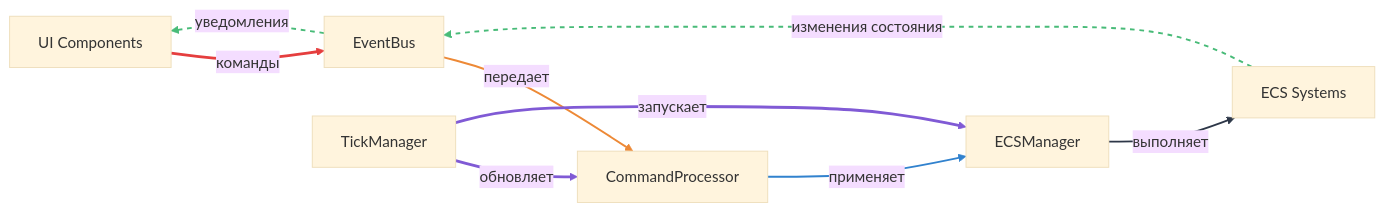
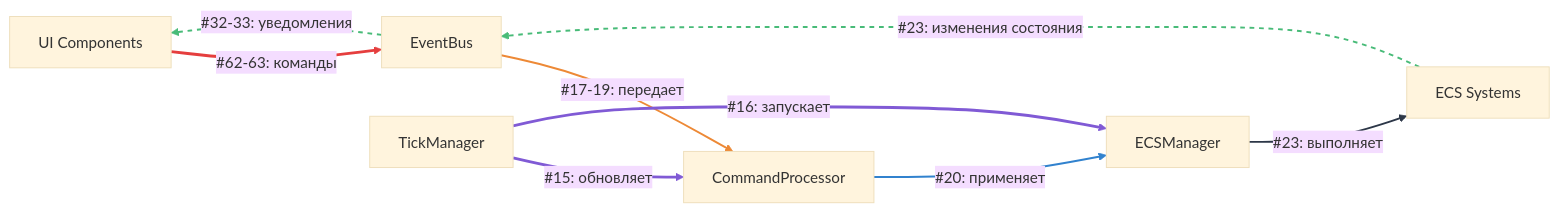
Before and after one commit to B415Corp/script-city-mvp: the second of 4 diagrams in docs/core_schema.md, drawn with Mermaid (base theme). The commit also changed other lines of this file, not shown here.

Commit message:
feat: обновлена документация схемы взаимодействий компонентов ядра с добавлением нумерации для упрощения навигации по взаимодействиям, описывающей создание и управление основными компонентами, такими как GameCore, EventBus и TickManager

````diff
--- a/docs/core_schema.md
+++ b/docs/core_schema.md
@@ -193,20 +193,20 @@
 ```mermaid
 graph LR
-    UI[UI Components] ==>|команды| EventBus
-    EventBus -->|передает| CommandProcessor
-    CommandProcessor -->|применяет| ECSManager
+    UI[UI Components] ==>|#62-63: команды| EventBus
+    EventBus -->|#17-19: передает| CommandProcessor
+    CommandProcessor -->|#20: применяет| ECSManager
 
-    TickManager ==>|обновляет| CommandProcessor
-    TickManager ==>|запускает| ECSManager
-    ECSManager -->|выполняет| Systems[ECS Systems]
+    TickManager ==>|#15: обновляет| CommandProcessor
+    TickManager ==>|#16: запускает| ECSManager
+    ECSManager -->|#23: выполняет| Systems[ECS Systems]
 
-    Systems -.->|изменения состояния| EventBus
-    EventBus -.->|уведомления| UI
+    Systems -.->|#23: изменения состояния| EventBus
+    EventBus -.->|#32-33: уведомления| UI
 
     linkStyle 0 stroke:#e53e3e,stroke-width:3px
     linkStyle 1 stroke:#ed8936,stroke-width:2px
     linkStyle 2 stroke:#3182ce,stroke-width:2px
     linkStyle 3,4 stroke:#805ad5,stroke-width:3px
     linkStyle 5 stroke:#2d3748,stroke-width:2px
     linkStyle 6,7 stroke:#48bb78,stroke-width:2px,stroke-dasharray:5
 ```
````
